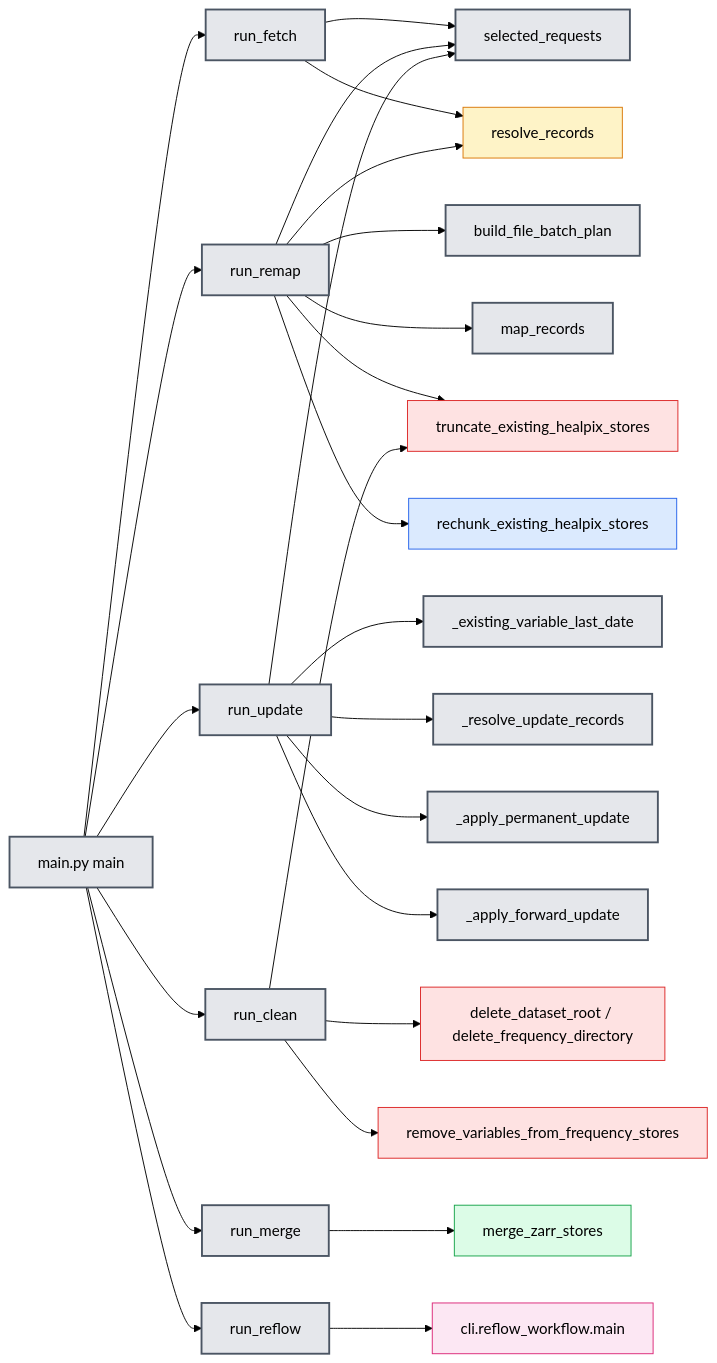
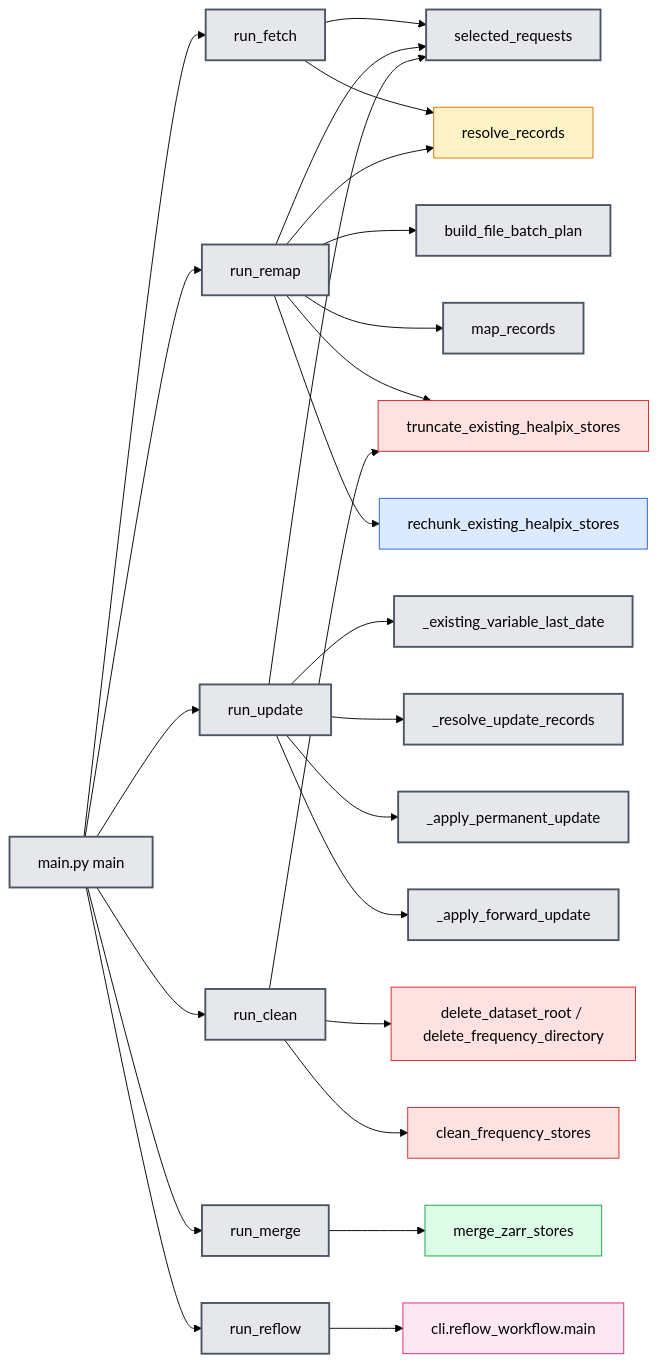
The first of 11 diagrams in scripts/era5land/FUNCTION_CALL_GRAPH.md (freva-org/grid-doctor), drawn with Mermaid (forest theme) before and after one commit. The commit also changed other lines of this file and 11 other files, not shown here.

First line of the commit message:
feat(clean): support pressure-level cleanup and stable plev updates

````diff
--- a/scripts/era5land/FUNCTION_CALL_GRAPH.md
+++ b/scripts/era5land/FUNCTION_CALL_GRAPH.md
@@ -34,39 +34,39 @@
 ```mermaid
 flowchart LR
     CLI[main.py main]:::remapper --> FETCH[run_fetch]:::remapper
     CLI --> REMAP[run_remap]:::remapper
     CLI --> UPDATE[run_update]:::remapper
     CLI --> CLEAN[run_clean]:::remapper
     CLI --> MERGE[run_merge]:::remapper
     CLI --> REFLOW[run_reflow]:::remapper
 
     FETCH --> REQUESTS[selected_requests]:::remapper
     FETCH --> RESOLVE[resolve_records]:::file_fetcher
 
     REMAP --> REQUESTS
     REMAP --> RESOLVE
     REMAP --> BATCH[build_file_batch_plan]:::remapper
     REMAP --> MAP[map_records]:::remapper
     REMAP --> TRUNCATE[truncate_existing_healpix_stores]:::cleanup
     REMAP --> RECHUNK[rechunk_existing_healpix_stores]:::mapper
 
     UPDATE --> REQUESTS
     UPDATE --> LAST[_existing_variable_last_date]:::remapper
     UPDATE --> UPDATE_RECORDS[_resolve_update_records]:::remapper
     UPDATE --> PERMANENT[_apply_permanent_update]:::remapper
     UPDATE --> FORWARD[_apply_forward_update]:::remapper
 
     CLEAN --> TRUNCATE
     CLEAN --> DELETE[delete_dataset_root / delete_frequency_directory]:::cleanup
-    CLEAN --> REMOVE[remove_variables_from_frequency_stores]:::cleanup
+    CLEAN --> REMOVE[clean_frequency_stores]:::cleanup
 
     MERGE --> MERGE_STORES[merge_zarr_stores]:::zarr_publisher
     REFLOW --> WORKFLOW[cli.reflow_workflow.main]:::reflow_cli
 
     classDef remapper fill:#e5e7eb,stroke:#4b5563,color:#000000,stroke-width:2px
     classDef file_fetcher fill:#fef3c7,stroke:#d97706,color:#000000
     classDef cleanup fill:#fee2e2,stroke:#dc2626,color:#000000
     classDef mapper fill:#dbeafe,stroke:#2563eb,color:#000000
     classDef zarr_publisher fill:#dcfce7,stroke:#16a34a,color:#000000
     classDef reflow_cli fill:#fce7f3,stroke:#db2777,color:#000000
 ```
````
